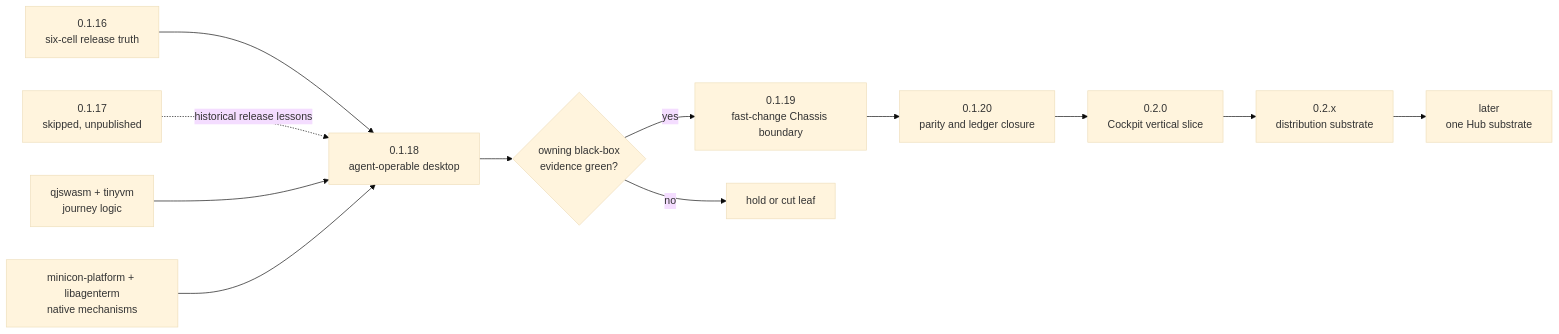
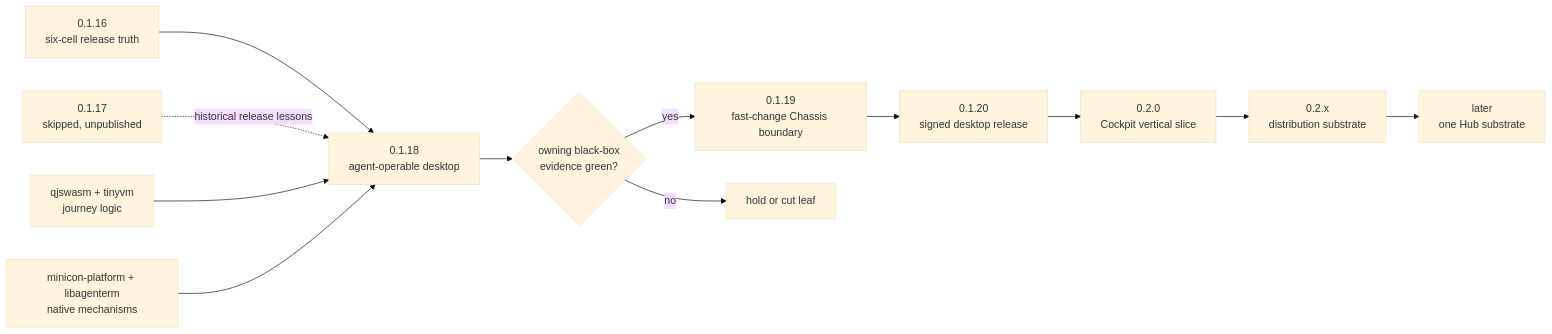
The diagram in plan/roadmap-0.1x-0.2x.md (partnernetsoftware/agenterm), drawn with Mermaid (base theme) before and after one commit. The commit also changed other lines of this file and 32 other files, not shown here.

First line of the commit message:
docs(0.1.20): record the shipped signed release and archive 0.1.x plans

````diff
--- a/plan/roadmap-0.1x-0.2x.md
+++ b/plan/roadmap-0.1x-0.2x.md
@@ -35,22 +37,22 @@
 ```mermaid
 flowchart LR
   R16["0.1.16<br/>six-cell release truth"]
   R17["0.1.17<br/>skipped, unpublished"]
   CU["0.1.18<br/>agent-operable desktop"]
   Q["qjswasm + tinyvm<br/>journey logic"]
   P["minicon-platform + libagenterm<br/>native mechanisms"]
   CH["0.1.19<br/>fast-change Chassis boundary"]
-  CL["0.1.20<br/>parity and ledger closure"]
+  CL["0.1.20<br/>signed desktop release"]
   CC["0.2.0<br/>Cockpit vertical slice"]
   D["0.2.x<br/>distribution substrate"]
   H["later<br/>one Hub substrate"]
   K{"owning black-box<br/>evidence green?"}
   CUT["hold or cut leaf"]
 
   R16 --> CU
   R17 -. historical release lessons .-> CU
   Q & P --> CU
   CU --> K
   K -->|yes| CH --> CL --> CC --> D --> H
   K -->|no| CUT
 ```
````
